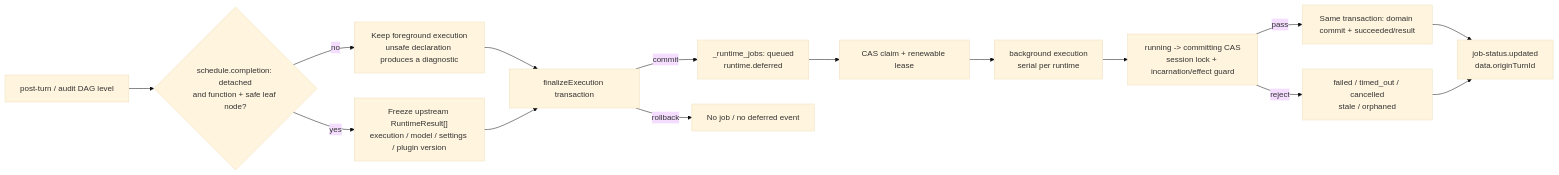
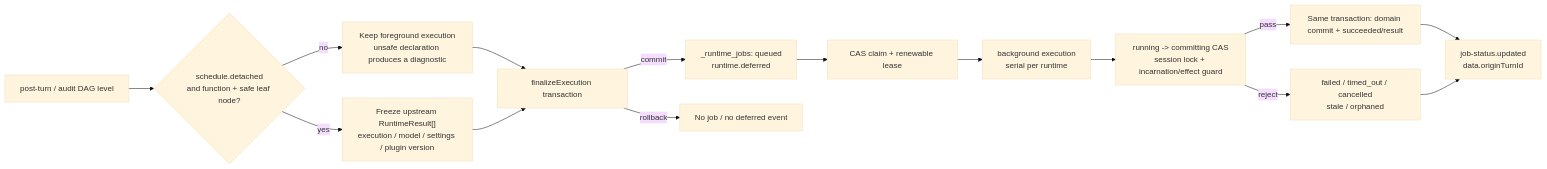
Before and after one commit to ackness/covel: the third of 4 diagrams in docs/en/internals/flow.md, drawn with Mermaid (base theme). The commit also changed other lines of this file and 103 other files, not shown here.

````diff
--- a/docs/en/internals/flow.md
+++ b/docs/en/internals/flow.md
@@ -341,17 +341,17 @@
 ```mermaid
 flowchart LR
-    DAG["post-turn / audit DAG level"] --> Plan{"schedule.completion: detached<br/>and function + safe leaf node?"}
+    DAG["post-turn / audit DAG level"] --> Plan{"schedule.detached<br/>and function + safe leaf node?"}
     Plan -->|no| Foreground["Keep foreground execution<br/>unsafe declaration produces a diagnostic"]
     Plan -->|yes| Freeze["Freeze upstream RuntimeResult[]<br/>execution / model / settings / plugin version"]
     Foreground --> Tx["finalizeExecution transaction"]
     Freeze --> Tx
     Tx -->|commit| Queued["_runtime_jobs: queued<br/>runtime.deferred"]
     Tx -->|rollback| None["No job / no deferred event"]
     Queued --> Claim["CAS claim + renewable lease"]
     Claim --> Run["background execution<br/>serial per runtime"]
     Run --> Guard["running -> committing CAS<br/>session lock + incarnation/effect guard"]
     Guard -->|pass| Success["Same transaction: domain commit + succeeded/result"]
     Guard -->|reject| Terminal["failed / timed_out / cancelled<br/>stale / orphaned"]
     Success --> Status["job-status.updated<br/>data.originTurnId"]
     Terminal --> Status
 ```
````
